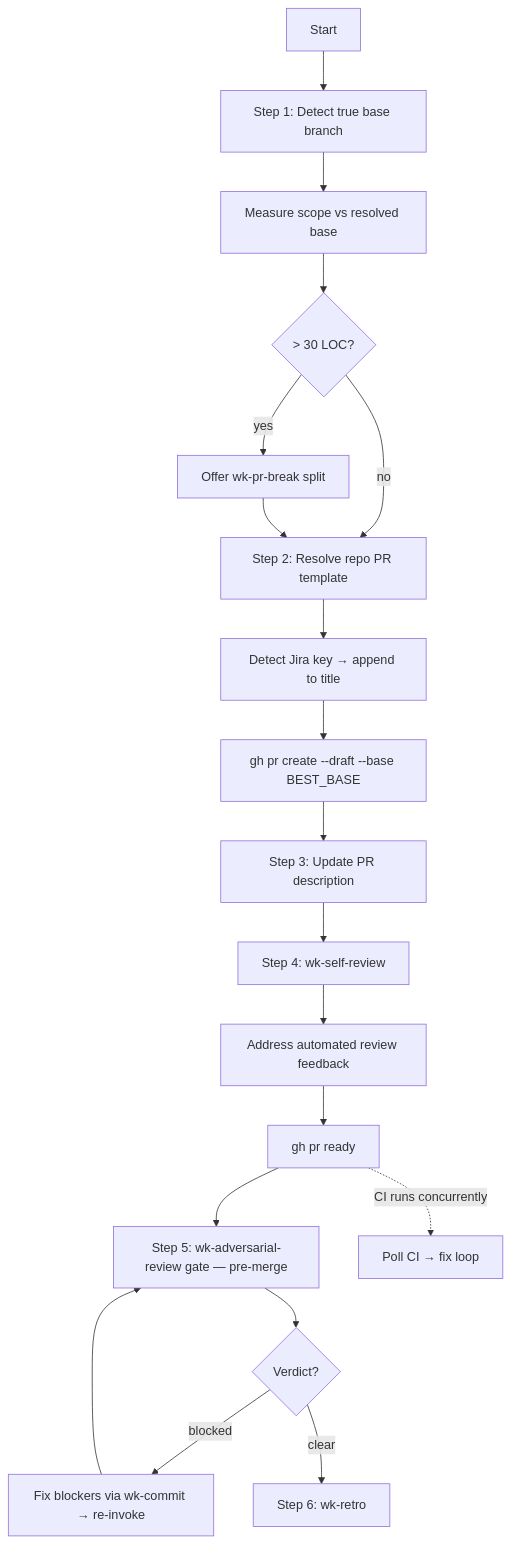
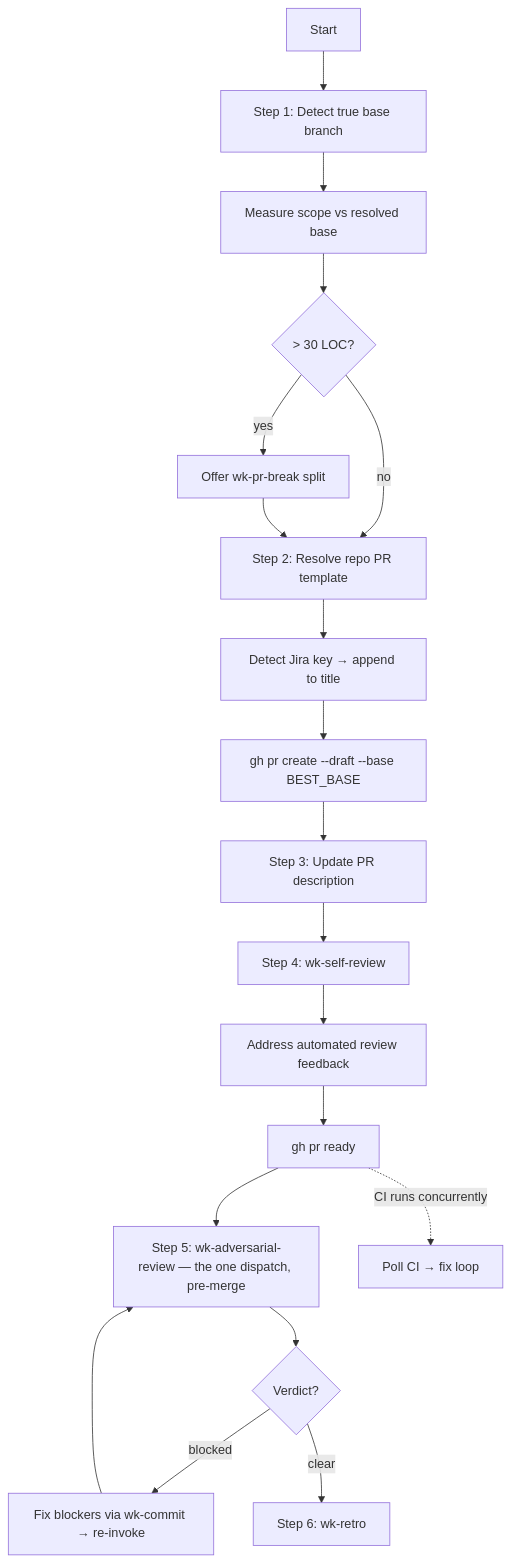
Before and after one commit to whizzzkid/skills: the diagram in skills/pr/README.md, drawn with Mermaid. The commit also changed other lines of this file and 18 other files, not shown here.

````diff
--- a/skills/pr/README.md
+++ b/skills/pr/README.md
@@ -17,26 +17,26 @@
 ```mermaid
 flowchart TD
     A[Start] --> B[Step 1: Detect true base branch]
     B --> C[Measure scope vs resolved base]
     C --> D{> 30 LOC?}
     D -->|yes| E[Offer wk-pr-break split]
     D -->|no| I[Step 2: Resolve repo PR template]
     E --> I
     I --> J[Detect Jira key → append to title]
     J --> K[gh pr create --draft --base BEST_BASE]
     K --> L[Step 3: Update PR description]
     L --> P[Step 4: wk-self-review]
     P --> Q[Address automated review feedback]
     Q --> S[gh pr ready]
-    S --> R[Step 5: wk-adversarial-review gate — pre-merge]
+    S --> R[Step 5: wk-adversarial-review — the one dispatch, pre-merge]
     S -.->|CI runs concurrently| M[Poll CI → fix loop]
     R --> G{Verdict?}
     G -->|blocked| H[Fix blockers via wk-commit → re-invoke]
     H --> R
     G -->|clear| T[Step 6: wk-retro]
     click E href "https://github.com/whizzzkid/skills/blob/main/skills/pr-break/README.md" _blank
     click H href "https://github.com/whizzzkid/skills/blob/main/skills/commit/README.md" _blank
     click P href "https://github.com/whizzzkid/skills/blob/main/skills/self-review/README.md" _blank
     click R href "https://github.com/whizzzkid/skills/blob/main/skills/adversarial-review/README.md" _blank
     click T href "https://github.com/whizzzkid/skills/blob/main/skills/retro/README.md" _blank
 ```
````
